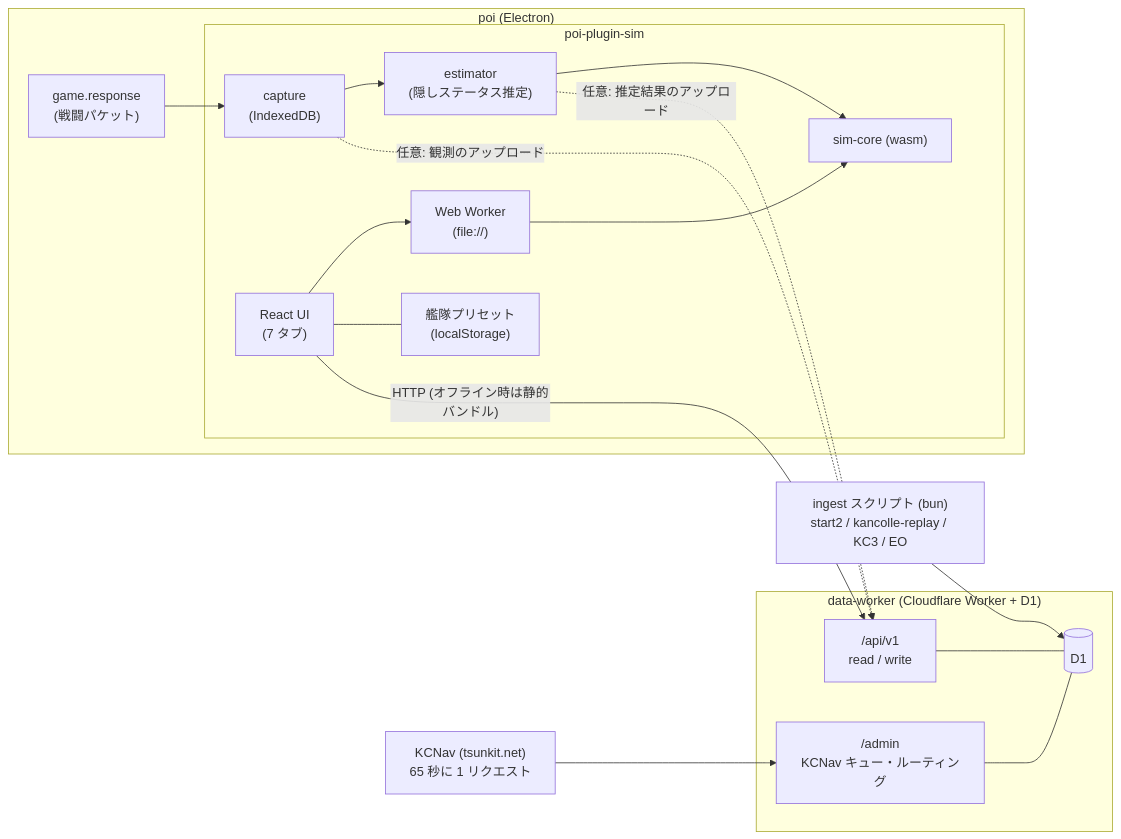
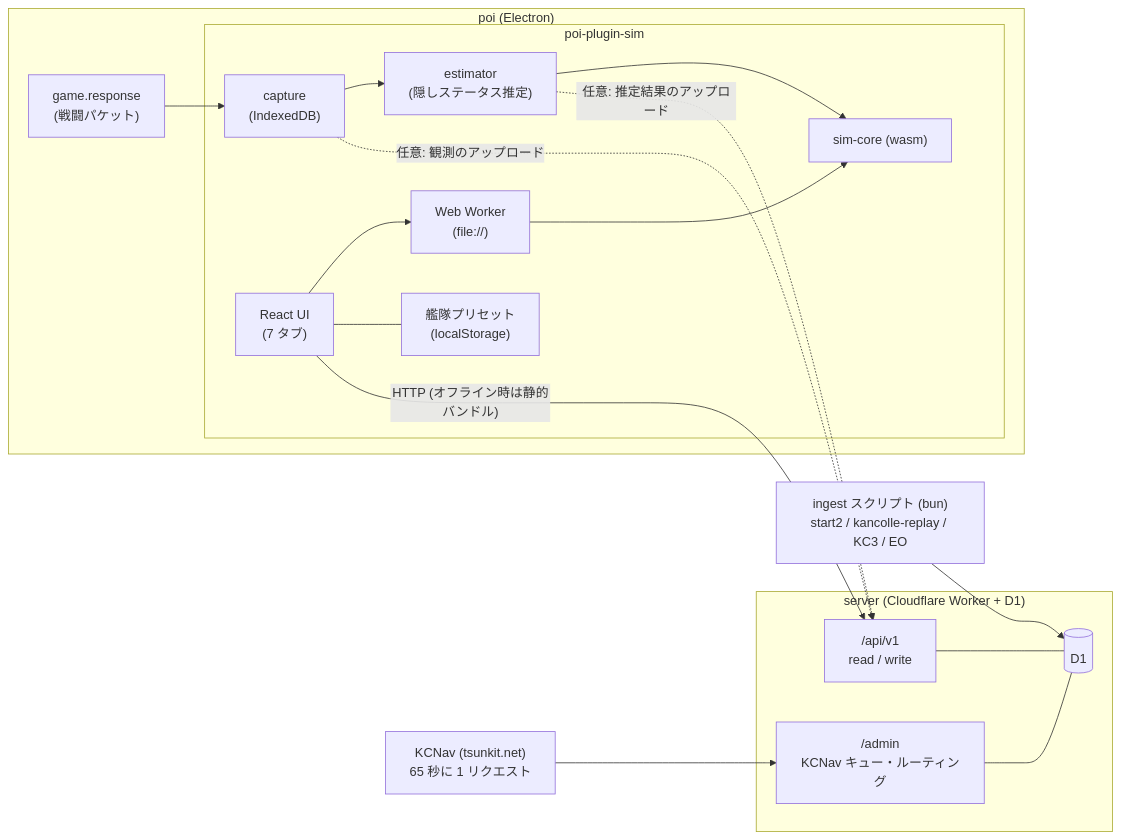
The diagram in README.md (gitdmnt/kc-sim), drawn with Mermaid before and after one commit. The commit also changed other lines of this file and 143 other files, not shown here.

Commit message:
rename data-worker to server, worker kc-sim-data to kc-sim

````diff
--- a/README.md
+++ b/README.md
@@ -23,31 +23,31 @@
 ```mermaid
 flowchart LR
   subgraph poi["poi (Electron)"]
     GR["game.response<br/>(戦闘パケット)"]
     subgraph plugin["poi-plugin-sim"]
       CAP["capture<br/>(IndexedDB)"]
       EST["estimator<br/>(隠しステータス推定)"]
       UI["React UI<br/>(7 タブ)"]
       WK["Web Worker<br/>(file://)"]
       WASM["sim-core (wasm)"]
       PRE["艦隊プリセット<br/>(localStorage)"]
     end
     GR --> CAP
     CAP --> EST
     EST --> WASM
     UI --> WK --> WASM
     UI --- PRE
   end
-  subgraph dw["data-worker (Cloudflare Worker + D1)"]
+  subgraph dw["server (Cloudflare Worker + D1)"]
     API["/api/v1<br/>read / write"]
     ADM["/admin<br/>KCNav キュー・ルーティング"]
     D1[("D1")]
     API --- D1
     ADM --- D1
   end
   UI -->|"HTTP (オフライン時は静的バンドル)"| API
   CAP -.->|"任意: 観測のアップロード"| API
   EST -.->|"任意: 推定結果のアップロード"| API
   ING["ingest スクリプト (bun)<br/>start2 / kancolle-replay / KC3 / EO"] --> D1
   KC["KCNav (tsunkit.net)<br/>65 秒に 1 リクエスト"] --> ADM
 ```
````
